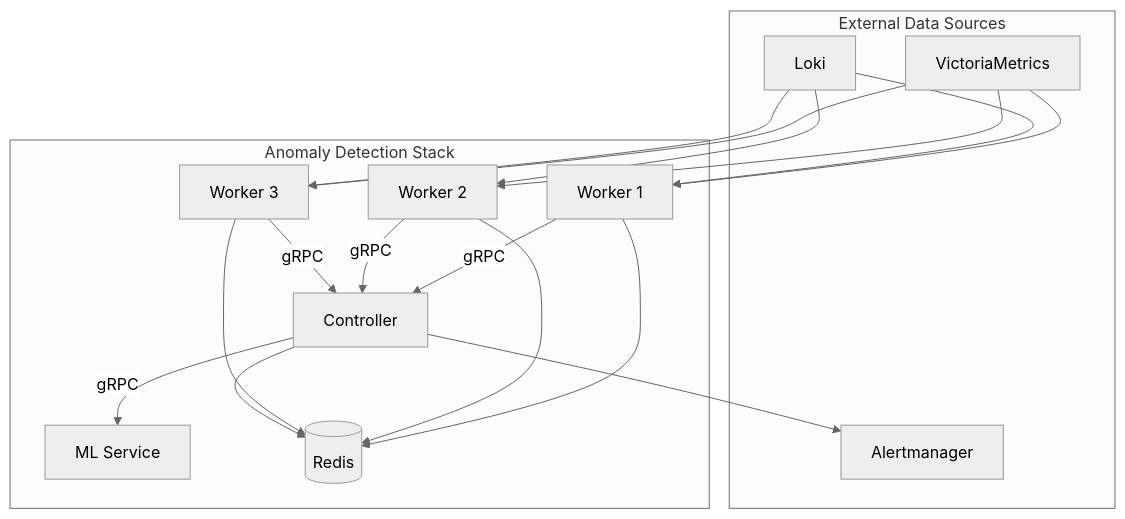
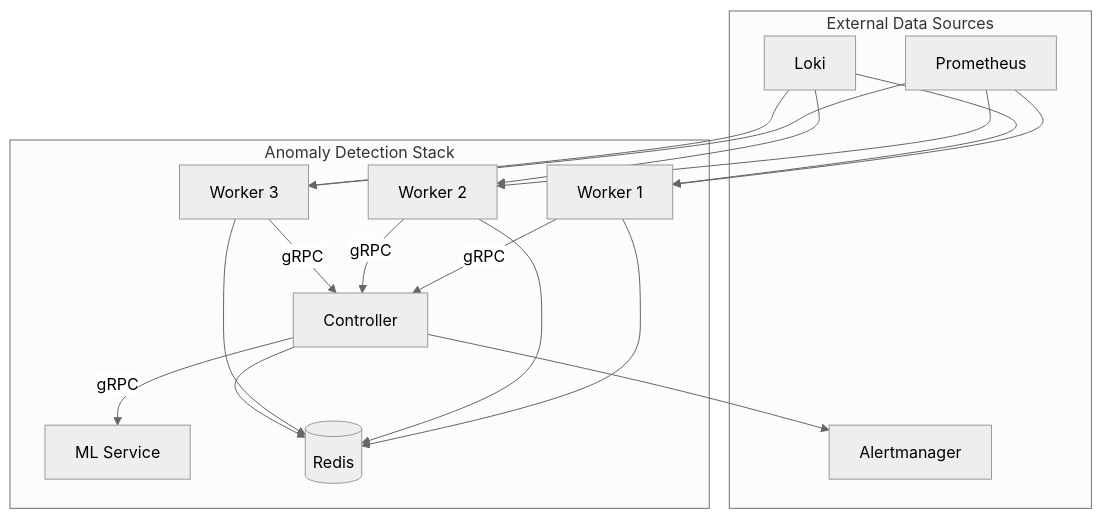
Before and after one commit to StaffOps/anomaly-detection: the diagram in docs/site/architecture/index.md, drawn with Mermaid (neutral theme). The commit also changed other lines of this file and 45 other files, not shown here.

First line of the commit message:
docs: rename VictoriaMetrics/VM -> Prometheus across docs, config, and specs

````diff
--- a/docs/site/architecture/index.md
+++ b/docs/site/architecture/index.md
@@ -7,25 +7,25 @@
 ```mermaid
 graph TB
     subgraph External["External Data Sources"]
-        VM[VictoriaMetrics]
+        Prometheus[Prometheus]
         LK[Loki]
         AM[Alertmanager]
     end
 
     subgraph Stack["Anomaly Detection Stack"]
         CTL[Controller]
         W1[Worker 1]
         W2[Worker 2]
         W3[Worker 3]
         ML[ML Service]
         RD[(Redis)]
     end
 
-    VM --> W1 & W2 & W3
+    Prometheus --> W1 & W2 & W3
     LK --> W1 & W2 & W3
     W1 & W2 & W3 -->|gRPC| CTL
     W1 & W2 & W3 --> RD
     CTL -->|gRPC| ML
     CTL --> AM
     CTL --> RD
 ```
````
